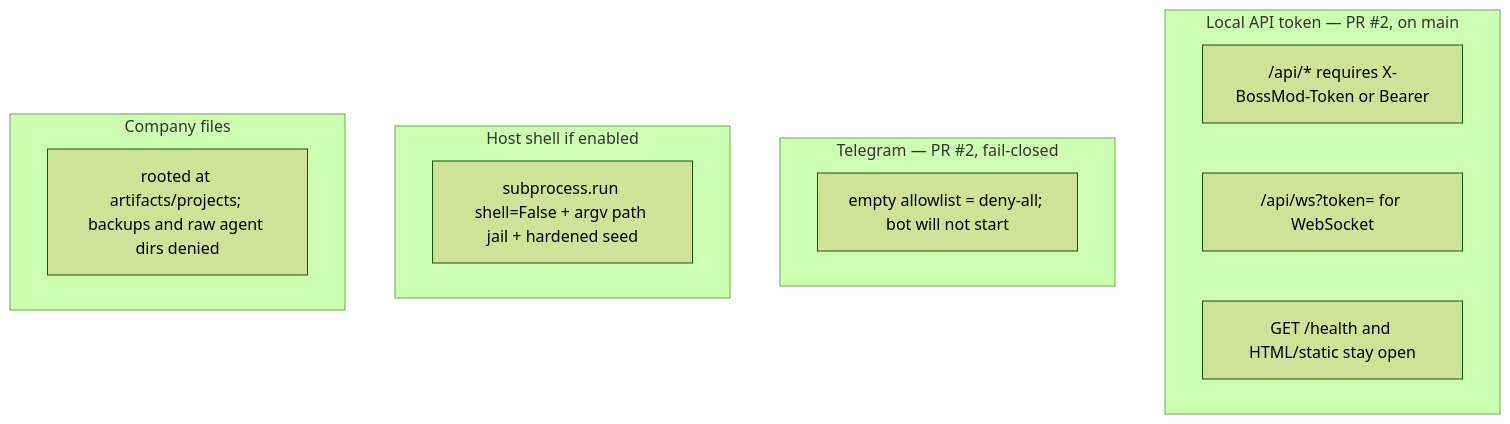
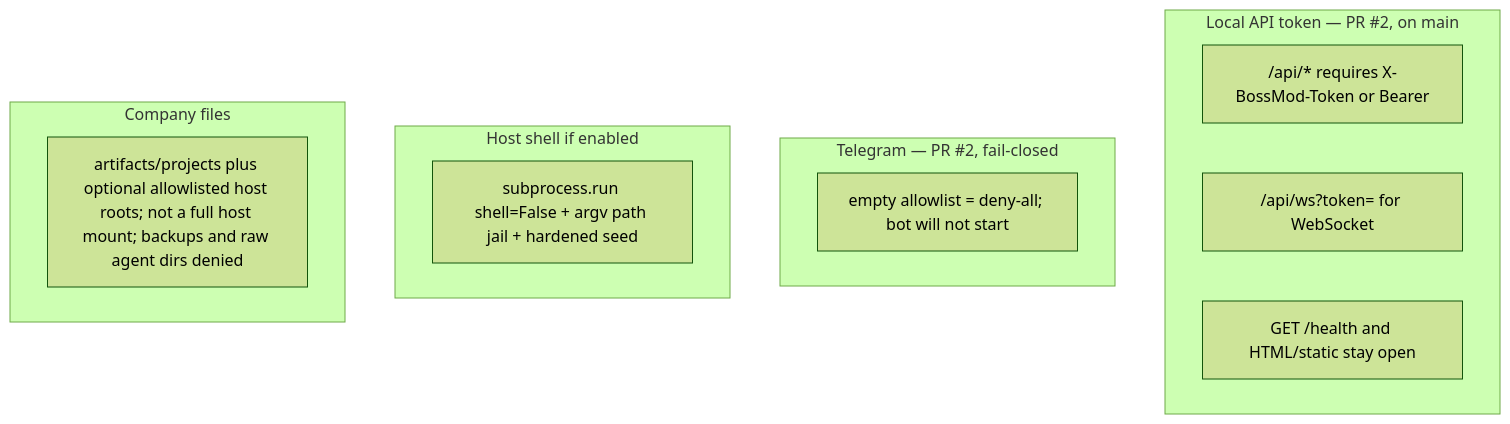
The third of 3 diagrams in docs/ARCHITECTURE.md (JTechMinds/bossmodai), drawn with Mermaid (forest theme) before and after one commit. The commit also changed other lines of this file and 16 other files, not shown here.

First line of the commit message:
Allow named host paths under configured workspace roots.

````diff
--- a/docs/ARCHITECTURE.md
+++ b/docs/ARCHITECTURE.md
@@ -113,17 +113,17 @@
 ```mermaid
 flowchart TB
   subgraph localAuth [Local API token — PR #2, on main]
     REST["/api/* requires X-BossMod-Token or Bearer"]
     WSep["/api/ws?token= for WebSocket"]
     Health["GET /health and HTML/static stay open"]
   end
   subgraph telegram [Telegram — PR #2, fail-closed]
     Allow["empty allowlist = deny-all; bot will not start"]
   end
   subgraph shell [Host shell if enabled]
     Exec["subprocess.run shell=False + argv path jail + hardened seed"]
   end
   subgraph files [Company files]
-    Projects["rooted at artifacts/projects; backups and raw agent dirs denied"]
+    Projects["artifacts/projects plus optional allowlisted host roots; not a full host mount; backups and raw agent dirs denied"]
   end
 ```
````
